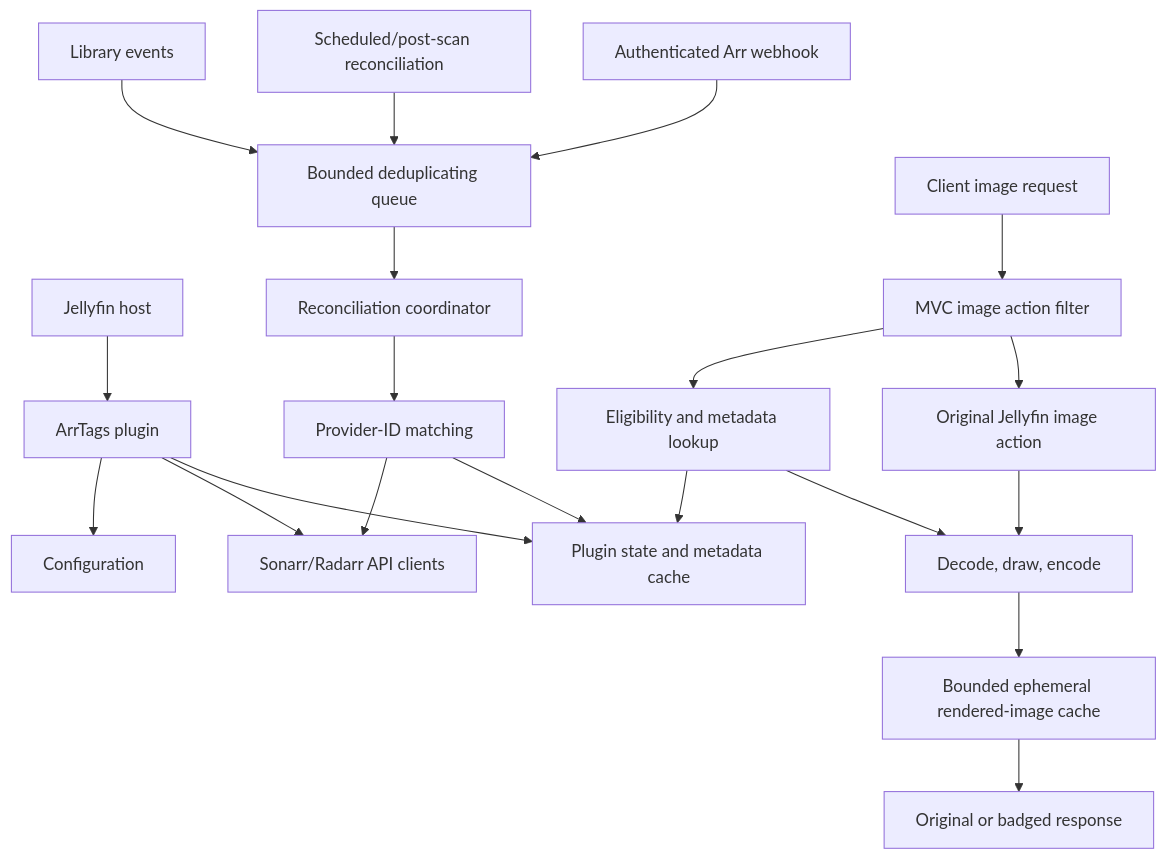
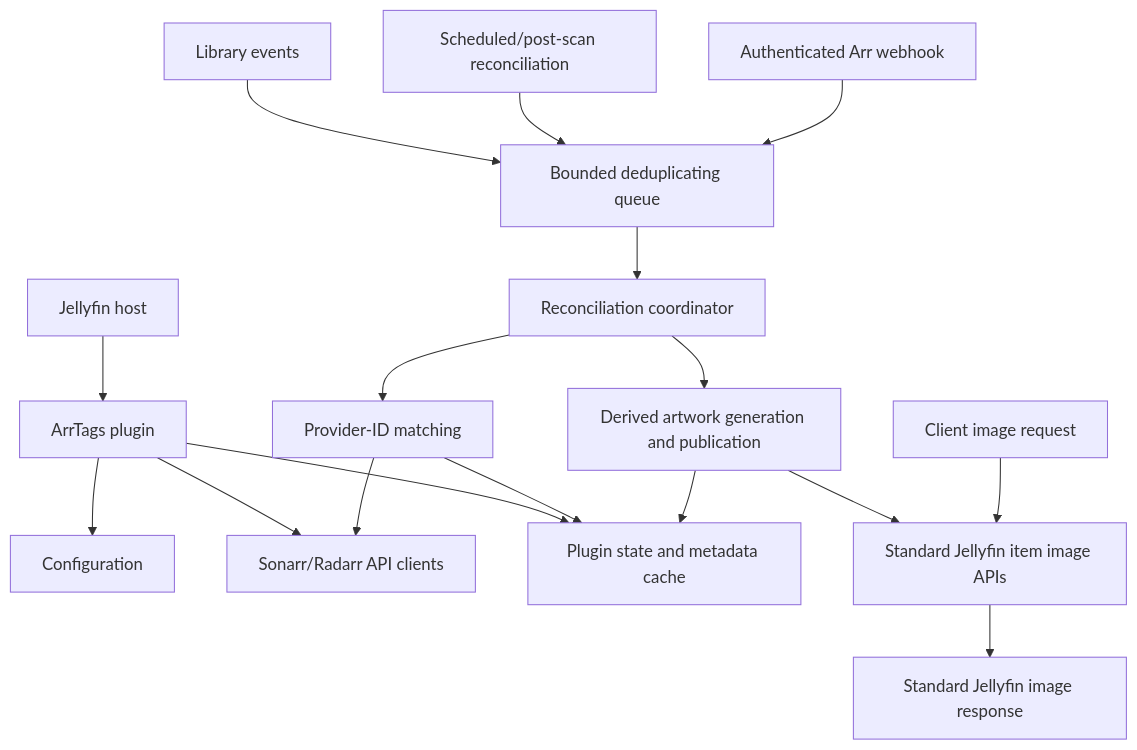
Before and after one commit to benssson/ArrTags: the diagram in docs/architecture.md, drawn with Mermaid. The commit also changed other lines of this file and 10 other files, not shown here.

````diff
--- a/docs/architecture.md
+++ b/docs/architecture.md
@@ -62,24 +66,21 @@
 ```mermaid
 flowchart TD
     JF[Jellyfin host] --> PL[ArrTags plugin]
     PL --> CFG[Configuration]
     PL --> API[Sonarr/Radarr API clients]
     PL --> STATE[Plugin state and metadata cache]
 
     EVT[Library events] --> Q[Bounded deduplicating queue]
     TASK[Scheduled/post-scan reconciliation] --> Q
     WH[Authenticated Arr webhook] --> Q
     Q --> REC[Reconciliation coordinator]
     REC --> MATCH[Provider-ID matching]
     MATCH --> API
     MATCH --> STATE
 
-    REQ[Client image request] --> FILTER[MVC image action filter]
-    FILTER --> ELIG[Eligibility and metadata lookup]
-    ELIG --> STATE
-    FILTER --> ORIG[Original Jellyfin image action]
-    ORIG --> RENDER[Decode, draw, encode]
-    ELIG --> RENDER
-    RENDER --> CACHE[Bounded ephemeral rendered-image cache]
-    CACHE --> RESP[Original or badged response]
+    REC --> ART[Derived artwork generation and publication]
+    ART --> STATE
+    ART --> JFIMG[Standard Jellyfin item image APIs]
+    REQ[Client image request] --> JFIMG
+    JFIMG --> RESP[Standard Jellyfin image response]
 ```
````
